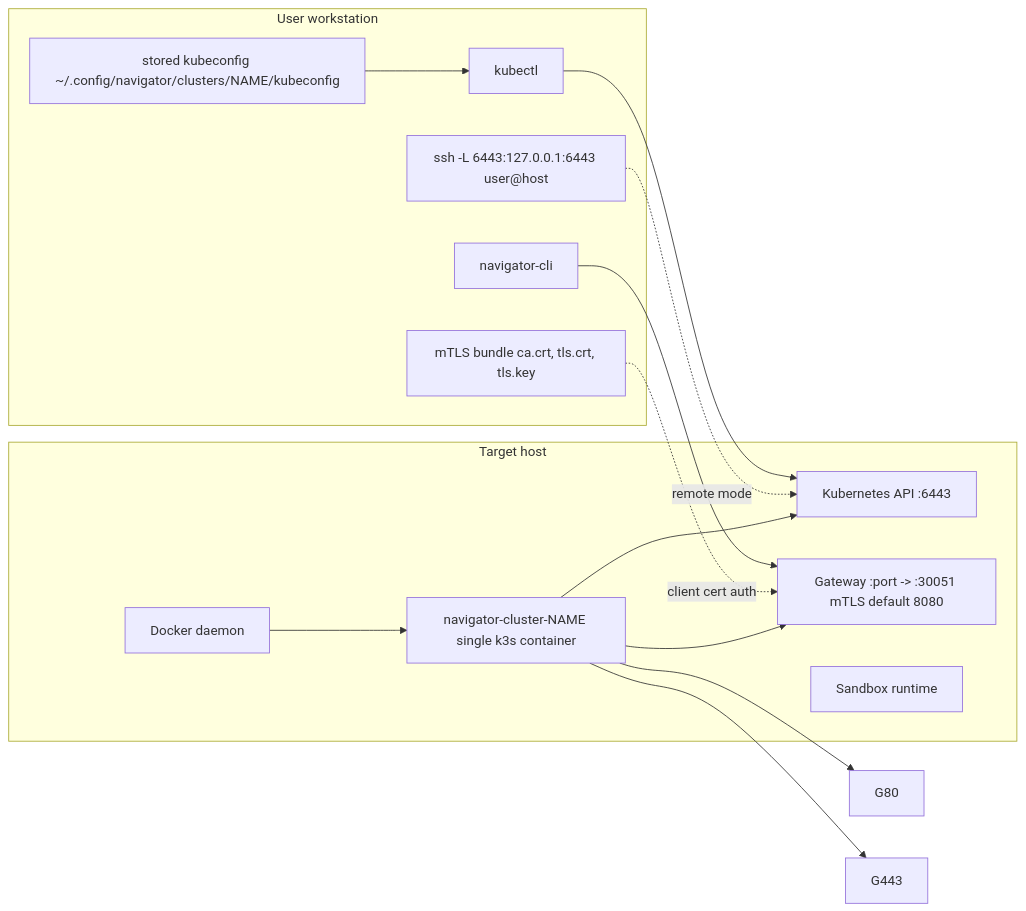
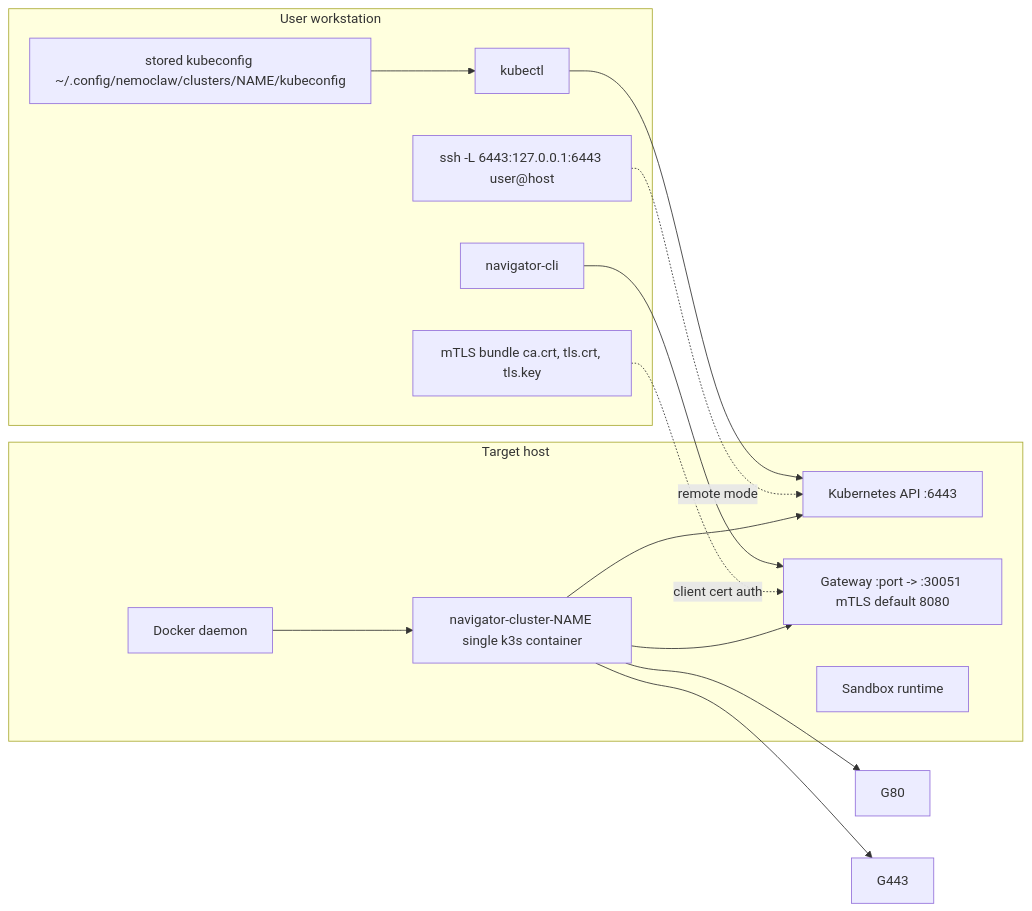
One commit to NVIDIA/OpenShell changed the second of 3 diagrams in architecture/cluster-single-node.md. Above: the diagram before and after it, drawn with Mermaid. The commit also changed other lines of this file and 93 other files, not shown here.

````diff
--- a/architecture/cluster-single-node.md
+++ b/architecture/cluster-single-node.md
@@ -108,31 +108,31 @@
 ```mermaid
 flowchart LR
   subgraph WS[User workstation]
     NAV[navigator-cli]
     KUBECTL[kubectl]
-    KC[stored kubeconfig ~/.config/navigator/clusters/NAME/kubeconfig]
+    KC[stored kubeconfig ~/.config/nemoclaw/clusters/NAME/kubeconfig]
     MTLS[mTLS bundle ca.crt, tls.crt, tls.key]
     TUN[ssh -L 6443:127.0.0.1:6443 user@host]
   end
 
   subgraph HOST[Target host]
     DOCKER[Docker daemon]
     K3S[navigator-cluster-NAME single k3s container]
     KAPI[Kubernetes API :6443]
     G8080[Gateway :port -> :30051 mTLS default 8080]
     SBX[Sandbox runtime]
   end
 
   KC --> KUBECTL
   KUBECTL --> KAPI
   TUN -. remote mode .-> KAPI
 
   NAV --> G8080
   MTLS -. client cert auth .-> G8080
 
   DOCKER --> K3S
   K3S --> KAPI
   K3S --> G8080
   K3S --> G80
   K3S --> G443
 ```
````
